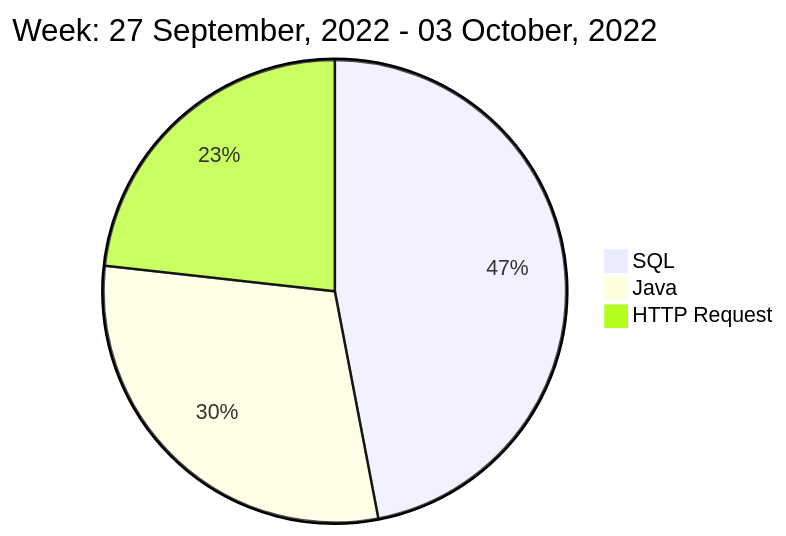
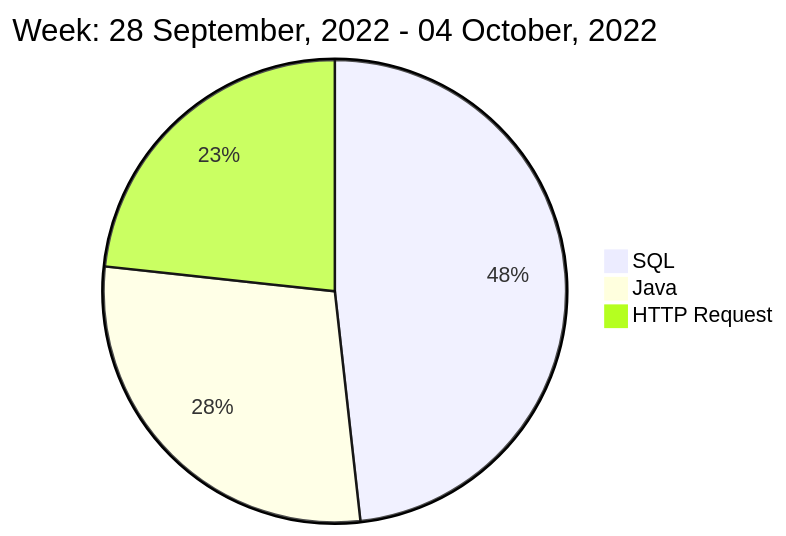
One commit to liubin95/liubin95 changed the diagram in README.md. Above: the diagram before and after it, drawn with Mermaid.

Commit message:
Updated the Graph with new Metrics

````diff
--- a/README.md
+++ b/README.md
@@ -40,7 +40,7 @@
 ```mermaid
  pie
-title Week: 27 September, 2022 - 03 October, 2022
- "SQL" : 2.73
- "Java" : 1.73
- "HTTP Request" : 1.35
+title Week: 28 September, 2022 - 04 October, 2022
+ "SQL" : 2.32
+ "Java" : 1.37
+ "HTTP Request" : 1.12
 ```
````
